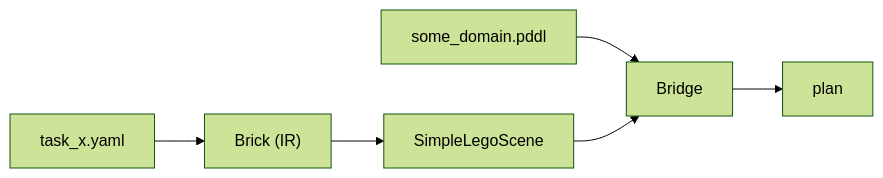
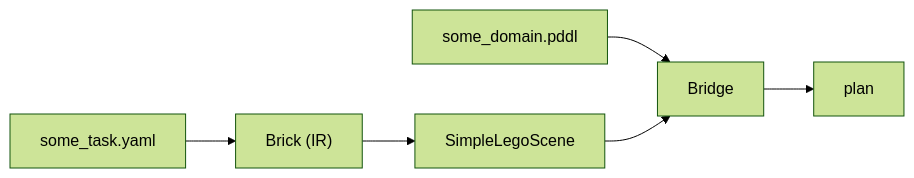
One commit to maxazv/lego-workbenchmark changed the diagram in README.md. Above: the diagram before and after it, drawn with Mermaid (forest theme). The commit also changed other lines of this file and 2 other files, not shown here.

````diff
--- a/README.md
+++ b/README.md
@@ -67,8 +66,8 @@
 ```mermaid
 flowchart LR
-    yaml["task_x.yaml"] --> brick["Brick (IR)"]
+    yaml["some_task.yaml"] --> brick["Brick (IR)"]
     brick --> scene["SimpleLegoScene"]
     domain["some_domain.pddl"] --> bridge["Bridge"]
     scene --> bridge
     bridge --> plan["plan"]
 ```
````
